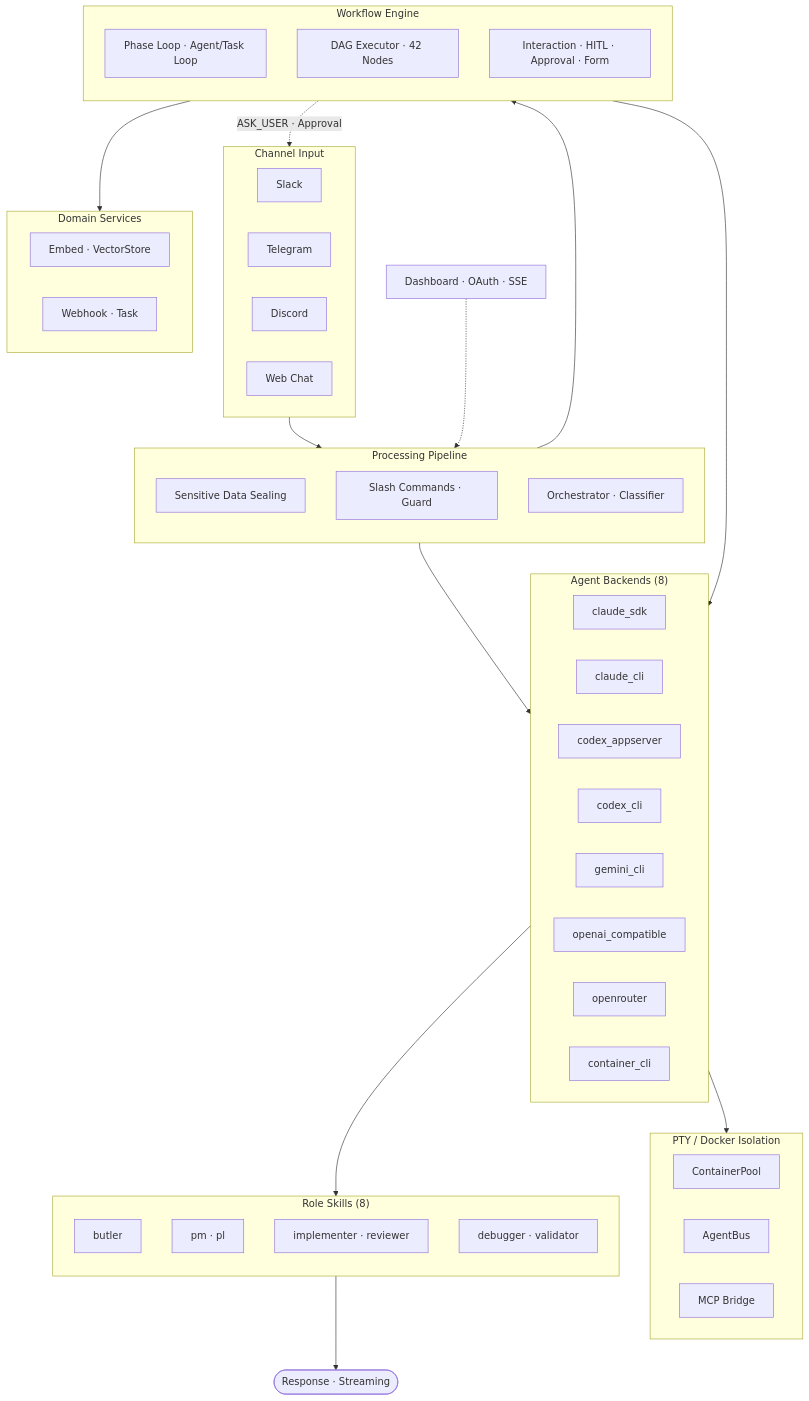
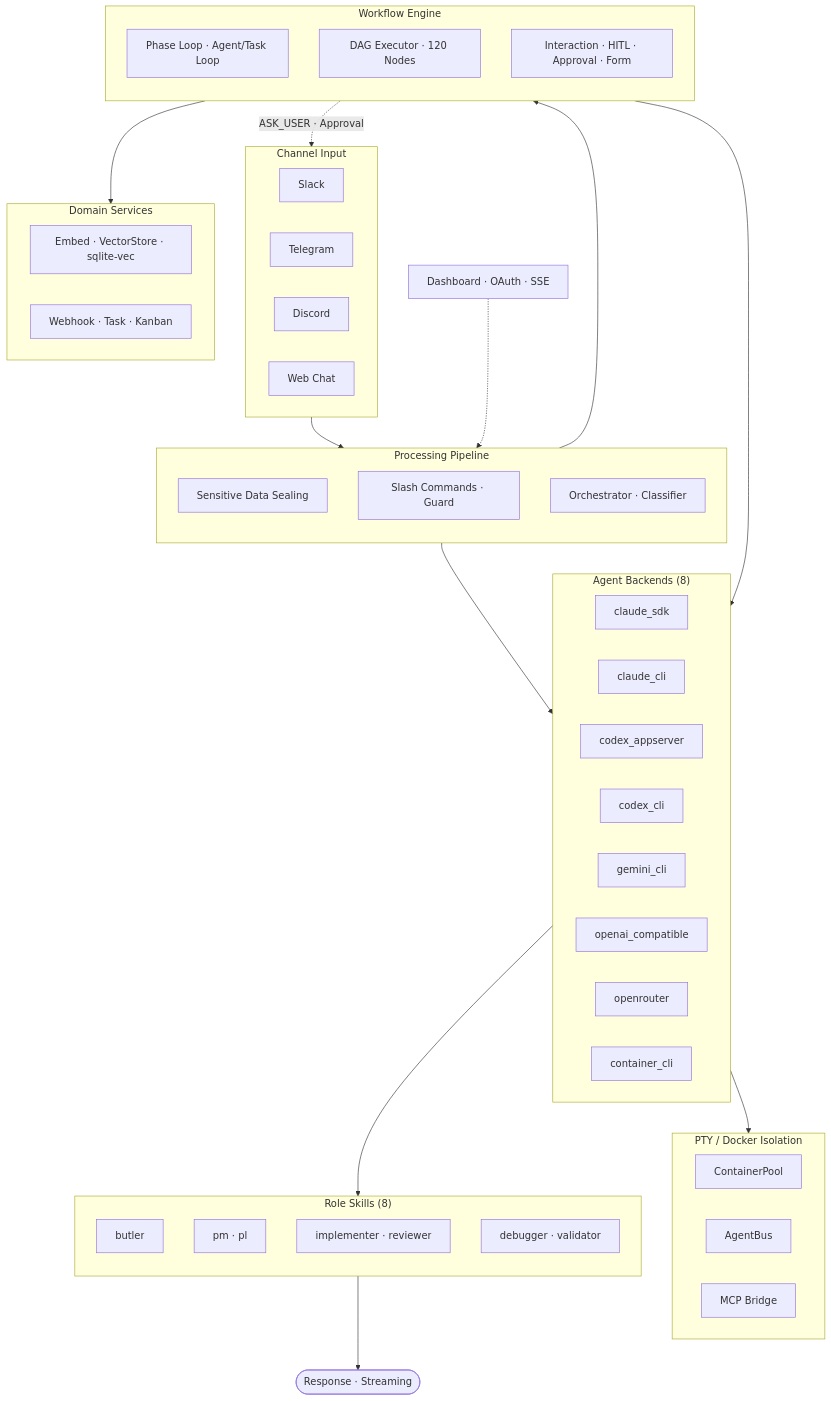
The diagram in docs/README.en.md (berrzebb/SoulFlow-Orchestrator), drawn with Mermaid before and after one commit. The commit also changed other lines of this file and 13 other files, not shown here.

First line of the commit message:
docs: 120노드·26라우트·Kanban·sqlite-vec·i18n 반영 — README + guide + core-concepts 전면 동기화

````diff
--- a/docs/README.en.md
+++ b/docs/README.en.md
@@ -23,70 +23,70 @@
 ```mermaid
 flowchart TD
     subgraph Channels["Channel Input"]
         direction LR
         SL[Slack]
         TG[Telegram]
         DS[Discord]
         WEB[Web Chat]
     end
 
     subgraph Pipeline["Processing Pipeline"]
         direction TB
         SEAL[Sensitive Data Sealing]
         CMD[Slash Commands · Guard]
         ORCH[Orchestrator · Classifier]
     end
 
     subgraph Backends["Agent Backends (8)"]
         direction LR
         CSDK[claude_sdk]
         CCLI[claude_cli]
         CAPPS[codex_appserver]
         CCLIX[codex_cli]
         GCLI[gemini_cli]
         OAI[openai_compatible]
         ORT[openrouter]
         CTR[container_cli]
     end
 
     subgraph Workflows["Workflow Engine"]
         direction TB
         PL[Phase Loop · Agent/Task Loop]
-        DAG[DAG Executor · 42 Nodes]
+        DAG[DAG Executor · 120 Nodes]
         INTERACT[Interaction · HITL · Approval · Form]
     end
 
     subgraph PTY["PTY / Docker Isolation"]
         direction LR
         POOL[ContainerPool]
         BUS[AgentBus]
         BRIDGE[MCP Bridge]
     end
 
     subgraph Skills["Role Skills (8)"]
         direction TB
         BT[butler]
         PM[pm · pl]
         IMPL[implementer · reviewer]
         DBG[debugger · validator]
     end
 
     subgraph Services["Domain Services"]
         direction LR
-        EMBED[Embed · VectorStore]
-        WEBHOOK[Webhook · Task]
+        EMBED[Embed · VectorStore · sqlite-vec]
+        WEBHOOK[Webhook · Task · Kanban]
     end
 
     DASH[Dashboard · OAuth · SSE]
 
     Channels --> Pipeline
     Pipeline --> Backends
     Pipeline --> Workflows
     Workflows --> Backends
     INTERACT -.->|ASK_USER · Approval| Channels
     CTR --> PTY
     Backends --> Skills
     Skills --> OUT([Response · Streaming])
     Workflows --> Services
     DASH -.-> Pipeline
 ```
````
